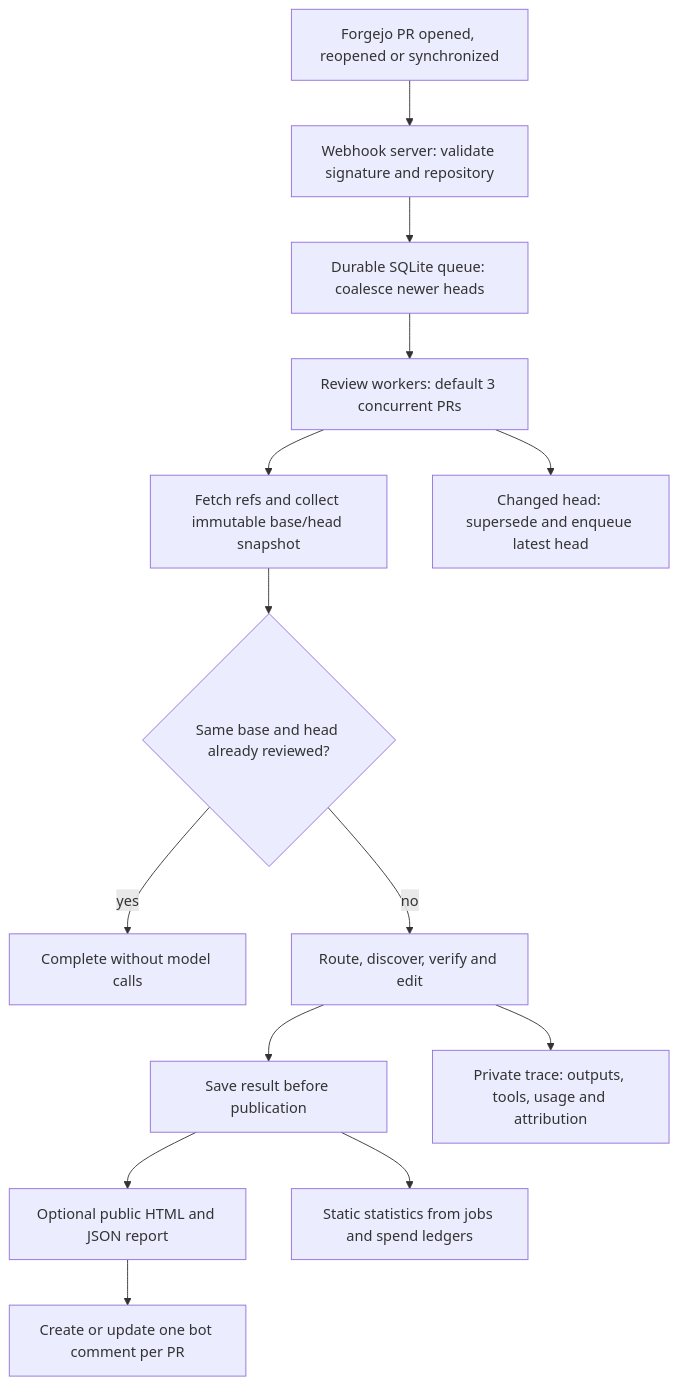
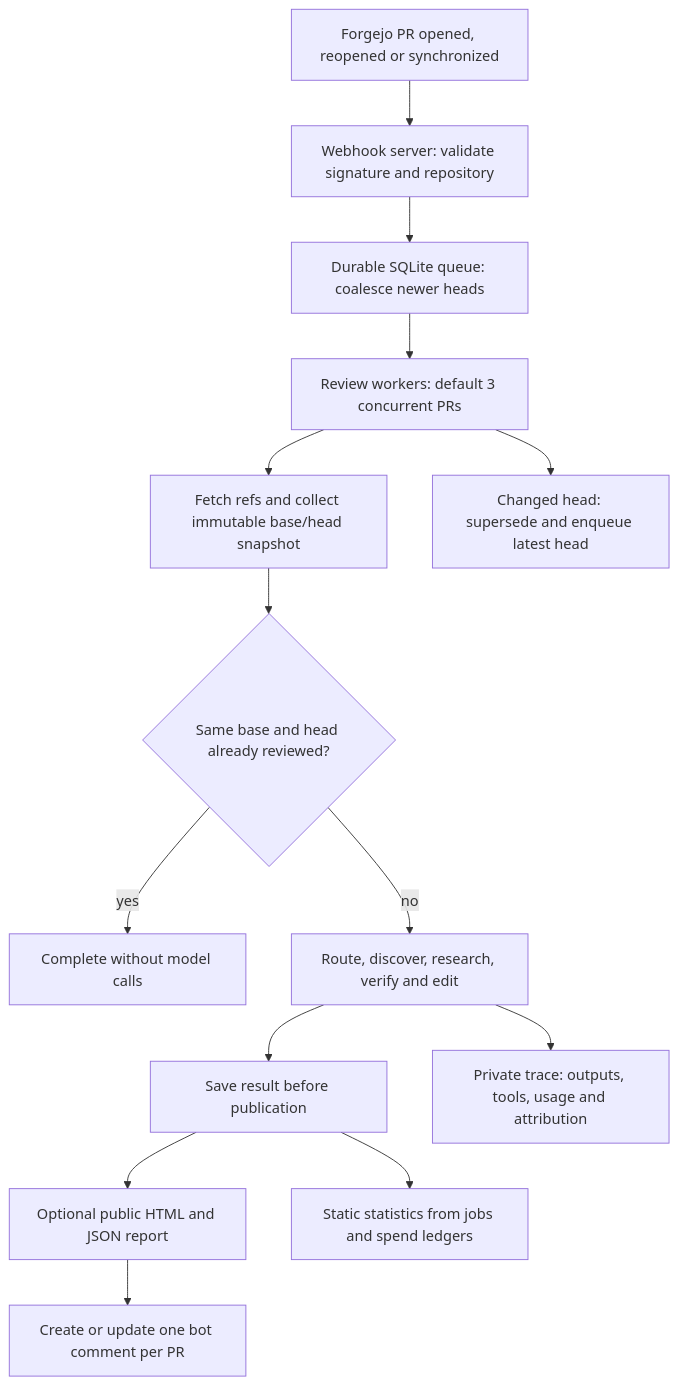
The first of 4 diagrams in pkgs/forgejo-review-bot/README.md (sedited/nix-wll), drawn with Mermaid before and after one commit. The commit also changed other lines of this file and 11 other files, not shown here.

````diff
--- a/pkgs/forgejo-review-bot/README.md
+++ b/pkgs/forgejo-review-bot/README.md
@@ -15,16 +16,16 @@
 ```mermaid
 flowchart TD
     event["Forgejo PR opened, reopened or synchronized"] --> webhook["Webhook server: validate signature and repository"]
     webhook --> queue["Durable SQLite queue: coalesce newer heads"]
     queue --> workers["Review workers: default 3 concurrent PRs"]
     workers --> collect["Fetch refs and collect immutable base/head snapshot"]
     collect --> existing{"Same base and head already reviewed?"}
     existing -->|yes| done["Complete without model calls"]
-    existing -->|no| pipeline["Route, discover, verify and edit"]
+    existing -->|no| pipeline["Route, discover, research, verify and edit"]
     pipeline --> saved["Save result before publication"]
     saved --> report["Optional public HTML and JSON report"]
     report --> publish["Create or update one bot comment per PR"]
     pipeline --> trace["Private trace: outputs, tools, usage and attribution"]
     saved --> stats["Static statistics from jobs and spend ledgers"]
     workers --> stale["Changed head: supersede and enqueue latest head"]
 ```
````
